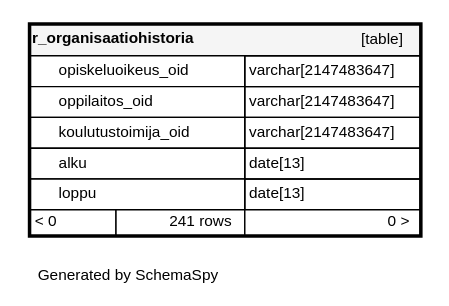
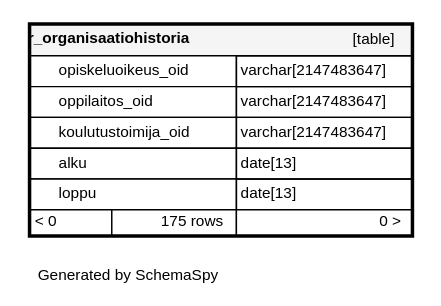
The diagram in documentation/tietokantaskeemat/koski-raportointikanta/diagrams/tables/r_organisaatiohistoria.1degree.dot (Opetushallitus/koski), drawn with Graphviz before and after one commit. The commit also changed 246 other files, not shown here.

```diff
--- a/documentation/tietokantaskeemat/koski-raportointikanta/diagrams/tables/r_organisaatiohistoria.1degree.dot
+++ b/documentation/tietokantaskeemat/koski-raportointikanta/diagrams/tables/r_organisaatiohistoria.1degree.dot
@@ -1,18 +1,18 @@
 digraph "oneDegreeRelationshipsDiagram" {
   graph [    rankdir="RL"    bgcolor="#ffffff"    label="\nGenerated by SchemaSpy"    labeljust="l"    nodesep="0.18"    ranksep="0.46"    fontname="Helvetica"    fontsize="11"    ration="compress"  ];  node [    fontname="Helvetica"    fontsize="11"    shape="plaintext"  ];  edge [    arrowsize="0.8"  ];
   "r_organisaatiohistoria" [
    label=<
     <TABLE BORDER="2" CELLBORDER="1" CELLSPACING="0" BGCOLOR="#ffffff">
-      <TR><TD COLSPAN="4"  BGCOLOR="#f5f5f5"><TABLE BORDER="0" CELLSPACING="0"><TR><TD ALIGN="LEFT" FIXEDSIZE="TRUE" WIDTH="132" HEIGHT="16"><B>r_organisaatiohistoria</B></TD><TD ALIGN="RIGHT">[table]</TD></TR></TABLE></TD></TR>
-      <TR><TD PORT="opiskeluoikeus_oid" COLSPAN="2" BGCOLOR="#ffffff" ALIGN="LEFT"><TABLE BORDER="0" CELLSPACING="0" ALIGN="LEFT"><TR ALIGN="LEFT"><TD ALIGN="LEFT" FIXEDSIZE="TRUE" WIDTH="15" HEIGHT="16"></TD><TD ALIGN="LEFT" FIXEDSIZE="TRUE" WIDTH="132" HEIGHT="16">opiskeluoikeus_oid</TD></TR></TABLE></TD><TD PORT="opiskeluoikeus_oid.type" ALIGN="LEFT">varchar[2147483647]</TD></TR>
-      <TR><TD PORT="oppilaitos_oid" COLSPAN="2" BGCOLOR="#ffffff" ALIGN="LEFT"><TABLE BORDER="0" CELLSPACING="0" ALIGN="LEFT"><TR ALIGN="LEFT"><TD ALIGN="LEFT" FIXEDSIZE="TRUE" WIDTH="15" HEIGHT="16"></TD><TD ALIGN="LEFT" FIXEDSIZE="TRUE" WIDTH="132" HEIGHT="16">oppilaitos_oid</TD></TR></TABLE></TD><TD PORT="oppilaitos_oid.type" ALIGN="LEFT">varchar[2147483647]</TD></TR>
-      <TR><TD PORT="koulutustoimija_oid" COLSPAN="2" BGCOLOR="#ffffff" ALIGN="LEFT"><TABLE BORDER="0" CELLSPACING="0" ALIGN="LEFT"><TR ALIGN="LEFT"><TD ALIGN="LEFT" FIXEDSIZE="TRUE" WIDTH="15" HEIGHT="16"></TD><TD ALIGN="LEFT" FIXEDSIZE="TRUE" WIDTH="132" HEIGHT="16">koulutustoimija_oid</TD></TR></TABLE></TD><TD PORT="koulutustoimija_oid.type" ALIGN="LEFT">varchar[2147483647]</TD></TR>
-      <TR><TD PORT="alku" COLSPAN="2" BGCOLOR="#ffffff" ALIGN="LEFT"><TABLE BORDER="0" CELLSPACING="0" ALIGN="LEFT"><TR ALIGN="LEFT"><TD ALIGN="LEFT" FIXEDSIZE="TRUE" WIDTH="15" HEIGHT="16"></TD><TD ALIGN="LEFT" FIXEDSIZE="TRUE" WIDTH="132" HEIGHT="16">alku</TD></TR></TABLE></TD><TD PORT="alku.type" ALIGN="LEFT">date[13]</TD></TR>
-      <TR><TD PORT="loppu" COLSPAN="2" BGCOLOR="#ffffff" ALIGN="LEFT"><TABLE BORDER="0" CELLSPACING="0" ALIGN="LEFT"><TR ALIGN="LEFT"><TD ALIGN="LEFT" FIXEDSIZE="TRUE" WIDTH="15" HEIGHT="16"></TD><TD ALIGN="LEFT" FIXEDSIZE="TRUE" WIDTH="132" HEIGHT="16">loppu</TD></TR></TABLE></TD><TD PORT="loppu.type" ALIGN="LEFT">date[13]</TD></TR>
-      <TR><TD ALIGN="LEFT" BGCOLOR="#ffffff">&lt; 0</TD><TD ALIGN="RIGHT" BGCOLOR="#ffffff">241 rows</TD><TD ALIGN="RIGHT" BGCOLOR="#ffffff">0 &gt;</TD></TR>
+      <TR><TD COLSPAN="4"  BGCOLOR="#f5f5f5"><TABLE BORDER="0" CELLSPACING="0"><TR><TD ALIGN="LEFT" FIXEDSIZE="TRUE" WIDTH="126" HEIGHT="16"><B>r_organisaatiohistoria</B></TD><TD ALIGN="RIGHT">[table]</TD></TR></TABLE></TD></TR>
+      <TR><TD PORT="opiskeluoikeus_oid" COLSPAN="2" BGCOLOR="#ffffff" ALIGN="LEFT"><TABLE BORDER="0" CELLSPACING="0" ALIGN="LEFT"><TR ALIGN="LEFT"><TD ALIGN="LEFT" FIXEDSIZE="TRUE" WIDTH="15" HEIGHT="16"></TD><TD ALIGN="LEFT" FIXEDSIZE="TRUE" WIDTH="126" HEIGHT="16">opiskeluoikeus_oid</TD></TR></TABLE></TD><TD PORT="opiskeluoikeus_oid.type" ALIGN="LEFT">varchar[2147483647]</TD></TR>
+      <TR><TD PORT="oppilaitos_oid" COLSPAN="2" BGCOLOR="#ffffff" ALIGN="LEFT"><TABLE BORDER="0" CELLSPACING="0" ALIGN="LEFT"><TR ALIGN="LEFT"><TD ALIGN="LEFT" FIXEDSIZE="TRUE" WIDTH="15" HEIGHT="16"></TD><TD ALIGN="LEFT" FIXEDSIZE="TRUE" WIDTH="126" HEIGHT="16">oppilaitos_oid</TD></TR></TABLE></TD><TD PORT="oppilaitos_oid.type" ALIGN="LEFT">varchar[2147483647]</TD></TR>
+      <TR><TD PORT="koulutustoimija_oid" COLSPAN="2" BGCOLOR="#ffffff" ALIGN="LEFT"><TABLE BORDER="0" CELLSPACING="0" ALIGN="LEFT"><TR ALIGN="LEFT"><TD ALIGN="LEFT" FIXEDSIZE="TRUE" WIDTH="15" HEIGHT="16"></TD><TD ALIGN="LEFT" FIXEDSIZE="TRUE" WIDTH="126" HEIGHT="16">koulutustoimija_oid</TD></TR></TABLE></TD><TD PORT="koulutustoimija_oid.type" ALIGN="LEFT">varchar[2147483647]</TD></TR>
+      <TR><TD PORT="alku" COLSPAN="2" BGCOLOR="#ffffff" ALIGN="LEFT"><TABLE BORDER="0" CELLSPACING="0" ALIGN="LEFT"><TR ALIGN="LEFT"><TD ALIGN="LEFT" FIXEDSIZE="TRUE" WIDTH="15" HEIGHT="16"></TD><TD ALIGN="LEFT" FIXEDSIZE="TRUE" WIDTH="126" HEIGHT="16">alku</TD></TR></TABLE></TD><TD PORT="alku.type" ALIGN="LEFT">date[13]</TD></TR>
+      <TR><TD PORT="loppu" COLSPAN="2" BGCOLOR="#ffffff" ALIGN="LEFT"><TABLE BORDER="0" CELLSPACING="0" ALIGN="LEFT"><TR ALIGN="LEFT"><TD ALIGN="LEFT" FIXEDSIZE="TRUE" WIDTH="15" HEIGHT="16"></TD><TD ALIGN="LEFT" FIXEDSIZE="TRUE" WIDTH="126" HEIGHT="16">loppu</TD></TR></TABLE></TD><TD PORT="loppu.type" ALIGN="LEFT">date[13]</TD></TR>
+      <TR><TD ALIGN="LEFT" BGCOLOR="#ffffff">&lt; 0</TD><TD ALIGN="RIGHT" BGCOLOR="#ffffff">175 rows</TD><TD ALIGN="RIGHT" BGCOLOR="#ffffff">0 &gt;</TD></TR>
     </TABLE>>
     URL="../../tables/r_organisaatiohistoria.html"
     target="_top"
     tooltip="r_organisaatiohistoria"
   ];
 }
```
